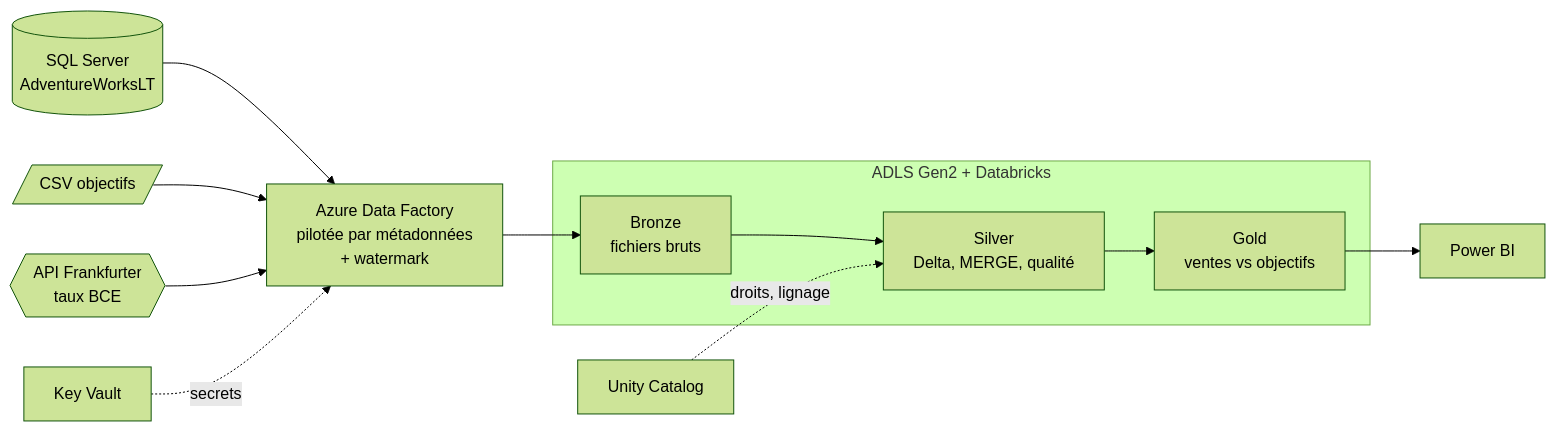
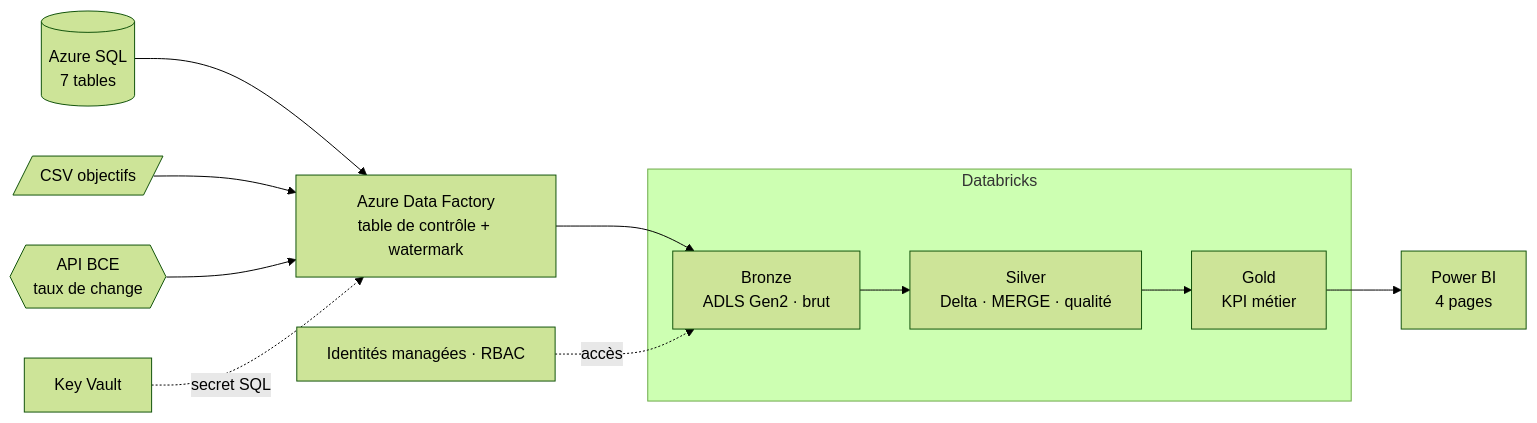
Before and after one commit to HichamErrihani-Eng/sales-performance-lakehouse-azure: the diagram in README.md, drawn with Mermaid (forest theme). The commit also changed other lines of this file, not shown here.

````diff
--- a/README.md
+++ b/README.md
@@ -19,14 +44,14 @@
 ```mermaid
 flowchart LR
-    A[(SQL Server<br/>AdventureWorksLT)] --> ADF
+    A[(Azure SQL<br/>7 tables)] --> ADF
     B[/CSV objectifs/] --> ADF
-    C{{API Frankfurter<br/>taux BCE}} --> ADF
-    ADF[Azure Data Factory<br/>pilotée par métadonnées<br/>+ watermark] --> BR[Bronze<br/>fichiers bruts]
-    subgraph ADLS Gen2 + Databricks
-    BR --> SI[Silver<br/>Delta, MERGE, qualité]
-    SI --> GO[Gold<br/>ventes vs objectifs]
+    C{{API BCE<br/>taux de change}} --> ADF
+    ADF[Azure Data Factory<br/>table de contrôle + watermark] --> BR[Bronze<br/>ADLS Gen2 · brut]
+    subgraph Databricks
+    BR --> SI[Silver<br/>Delta · MERGE · qualité]
+    SI --> GO[Gold<br/>KPI métier]
     end
-    GO --> PBI[Power BI]
-    KV[Key Vault] -.secrets.-> ADF
-    UC[Unity Catalog] -.droits, lignage.-> SI
+    GO --> PBI[Power BI<br/>4 pages]
+    KV[Key Vault] -.secret SQL.-> ADF
+    MI[Identités managées · RBAC] -.accès.-> BR
 ```
````
